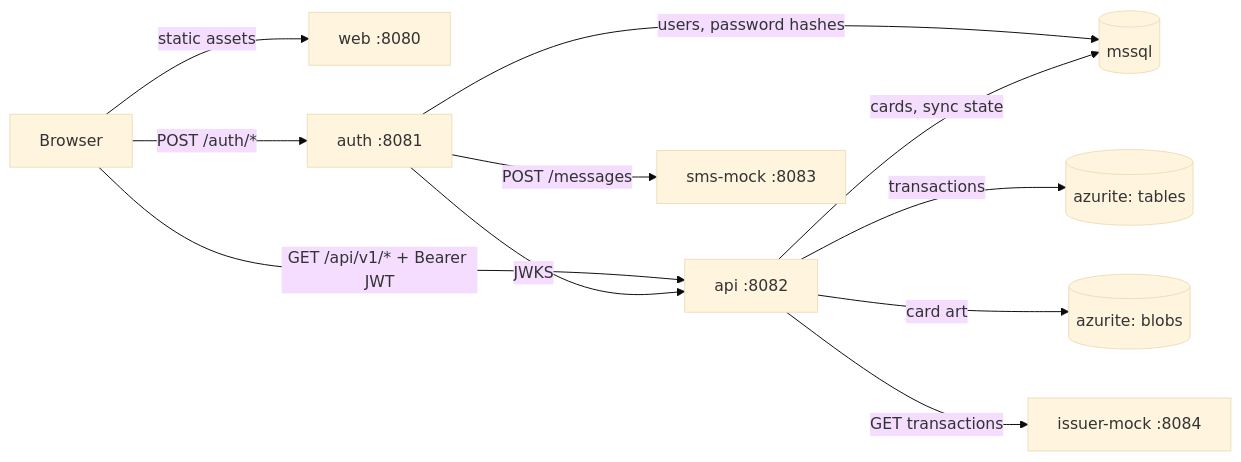
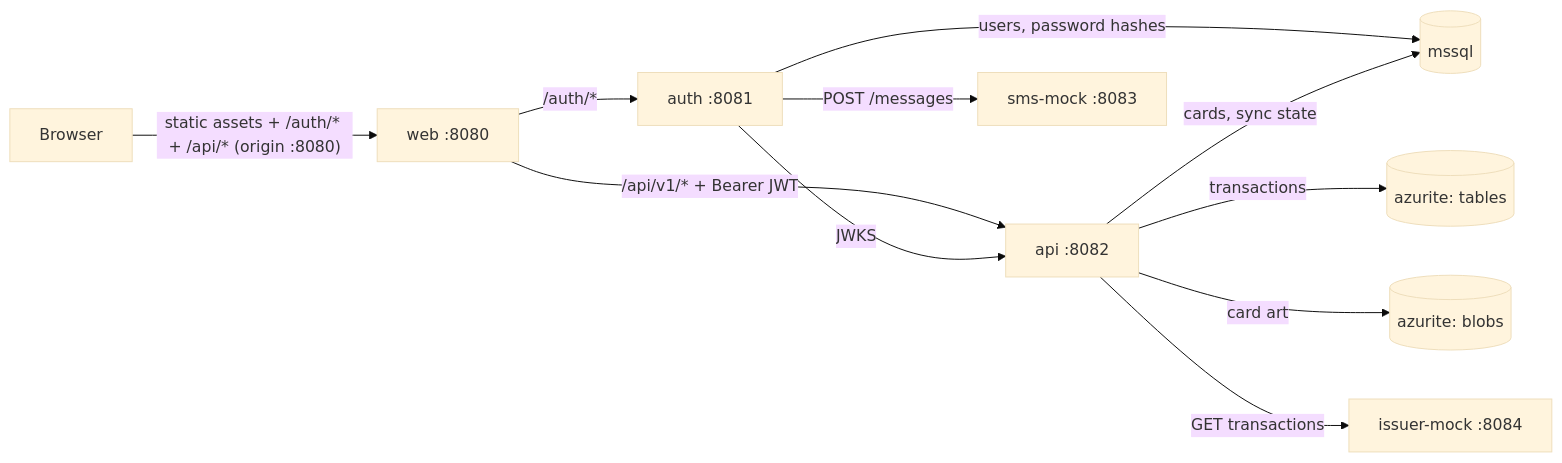
One commit to jiaqing123/sme-demo changed the first of 2 diagrams in docs/requirements.md. Above: the diagram before and after it, drawn with Mermaid (base theme). The commit also changed other lines of this file and 46 other files, not shown here.

````diff
--- a/docs/requirements.md
+++ b/docs/requirements.md
@@ -77,13 +77,13 @@
 ```mermaid
 flowchart LR
-    B[Browser] -->|static assets| W[web :8080]
-    B -->|"POST /auth/*"| A[auth :8081]
-    B -->|"GET /api/v1/* + Bearer JWT"| P[api :8082]
+    B[Browser] -->|"static assets + /auth/* + /api/* (origin :8080)"| W[web :8080]
+    W -->|"/auth/*"| A[auth :8081]
+    W -->|"/api/v1/* + Bearer JWT"| P[api :8082]
     A -->|"users, password hashes"| M[(mssql)]
     P -->|"cards, sync state"| M
     P -->|"transactions"| T[(azurite: tables)]
     P -->|"card art"| Z[(azurite: blobs)]
     P -->|"GET transactions"| I[issuer-mock :8084]
     A -->|"JWKS"| P
     A -->|"POST /messages"| S[sms-mock :8083]
 ```
````
